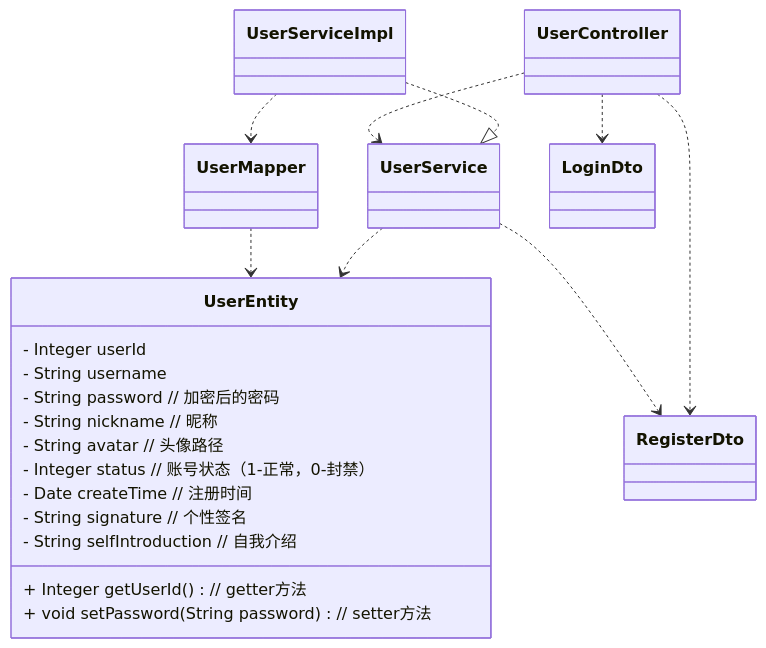
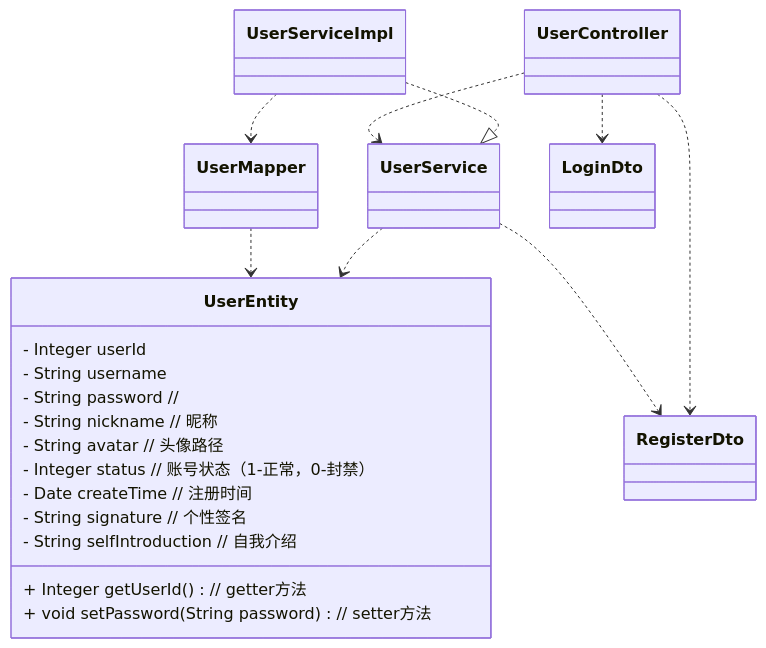
The diagram in all/未命名-1.md (DEbalanceUX/iodraw-files), drawn with Mermaid before and after one commit.

Commit message:
2025-12-10 22:50:59 update

````diff
--- a/all/未命名-1.md
+++ b/all/未命名-1.md
@@ -1,32 +1,32 @@
 ```mermaid
 classDiagram
     %% 实现关系：ServiceImpl 实现 Service 接口
     UserServiceImpl ..|> UserService
     %% 依赖关系：Controller 依赖 Service / ServiceImpl 依赖 Mapper
     UserController ..> UserService
     UserServiceImpl ..> UserMapper
     %% 关联关系：核心数据载体关联
     UserService ..> UserEntity
     UserMapper ..> UserEntity
     UserController ..> LoginDto
     UserController ..> RegisterDto
     UserService ..> RegisterDto
 
     %% 用户实体类（存储用户核心数据）
     class UserEntity {
         - Integer userId       
         - String username   
-        - String password      // 加密后的密码
+        - String password      // 
         - String nickname      // 昵称
         - String avatar        // 头像路径
         - Integer status       // 账号状态（1-正常，0-封禁）
         - Date createTime      // 注册时间
         - String signature     // 个性签名
         - String selfIntroduction // 自我介绍
         + Integer getUserId()  // getter方法
         + void setPassword(String password) // setter方法
     }
 
 
     
 ```
````
